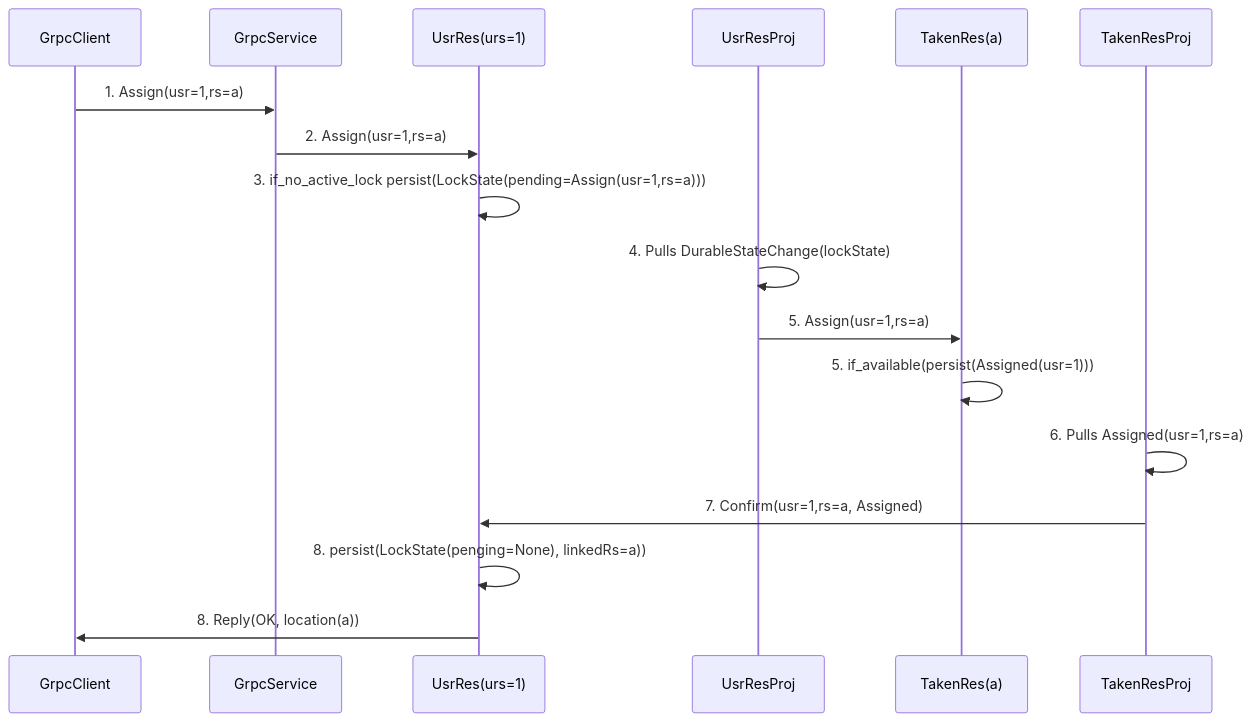
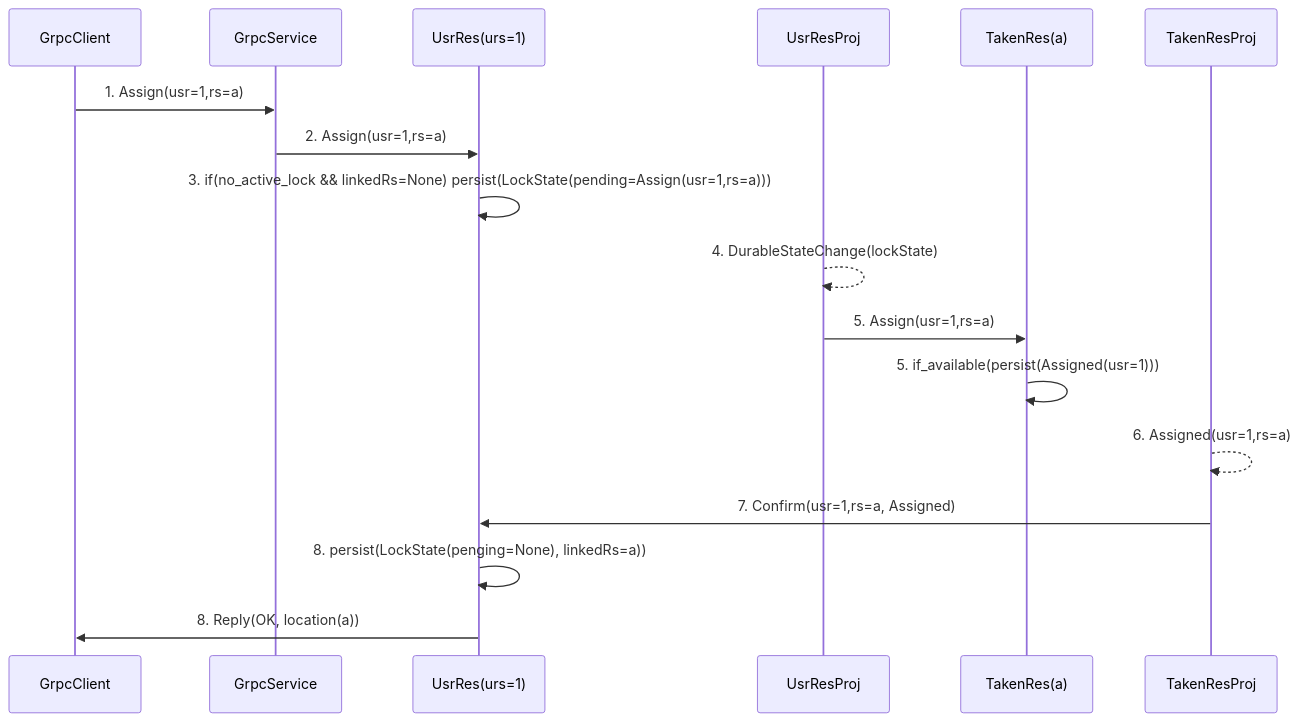
Before and after one commit to haghard/unique-resource-management: the first of 3 diagrams in diagrams2.md, drawn with Mermaid. The commit also changed other lines of this file and 1 other file, not shown here.

````diff
--- a/diagrams2.md
+++ b/diagrams2.md
@@ -6,31 +6,31 @@
 ```mermaid
 sequenceDiagram
     participant GrpcClient
     participant GrpcService
     participant UsrRes(urs=1)
     participant UsrResProj
     participant TakenRes(a)
     participant TakenResProj
 
     GrpcClient ->> GrpcService: 1. Assign(usr=1,rs=a)
     
     GrpcService ->> UsrRes(urs=1): 2. Assign(usr=1,rs=a)
     
-    UsrRes(urs=1) ->> UsrRes(urs=1): 3. if_no_active_lock persist(LockState(pending=Assign(usr=1,rs=a))) 
+    UsrRes(urs=1) ->> UsrRes(urs=1): 3. if(no_active_lock && linkedRs=None) persist(LockState(pending=Assign(usr=1,rs=a))) 
 
-    UsrResProj ->> UsrResProj: 4. Pulls DurableStateChange(lockState) 
+    UsrResProj -->> UsrResProj: 4. DurableStateChange(lockState) 
     
     UsrResProj ->> TakenRes(a): 5. Assign(usr=1,rs=a) 
     
     TakenRes(a) ->> TakenRes(a): 5. if_available(persist(Assigned(usr=1)))
     
-    TakenResProj ->> TakenResProj: 6. Pulls Assigned(usr=1,rs=a)
+    TakenResProj -->> TakenResProj: 6. Assigned(usr=1,rs=a)
     
     TakenResProj ->> UsrRes(urs=1): 7. Confirm(usr=1,rs=a, Assigned)
 
     UsrRes(urs=1) ->> UsrRes(urs=1): 8. persist(LockState(penging=None), linkedRs=a)) 
 
     UsrRes(urs=1) ->> GrpcClient: 8. Reply(OK, location(a))
 
     
 ```
````
